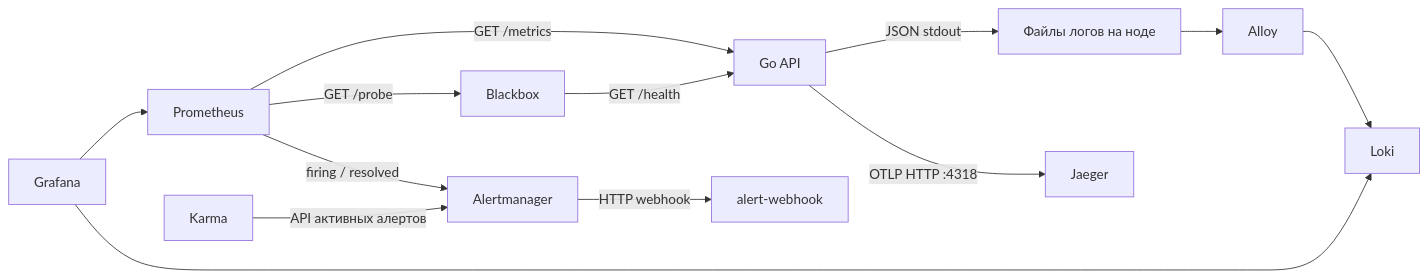
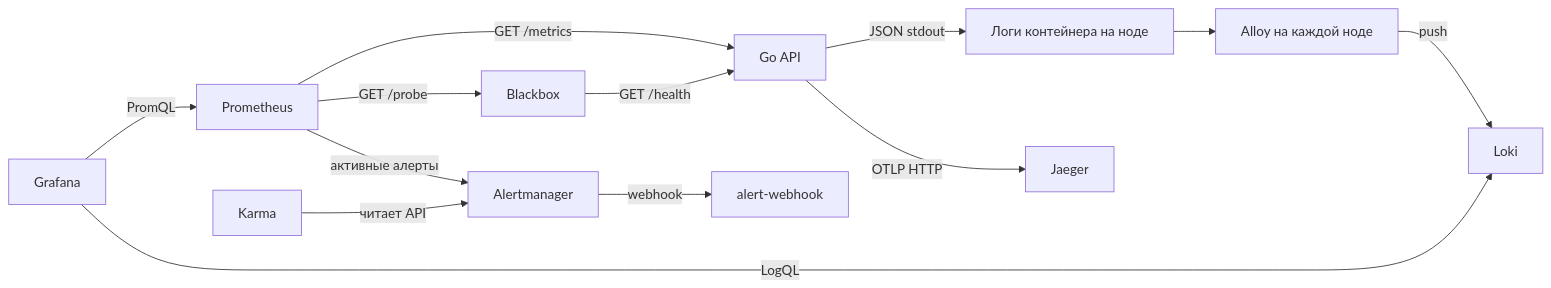
Before and after one commit to yo-technologies/containerization-and-orchestration: the diagram in lecture-2-observability/README.md, drawn with Mermaid. The commit also changed other lines of this file and 111 other files, not shown here.

````diff
--- a/lecture-2-observability/README.md
+++ b/lecture-2-observability/README.md
@@ -27,15 +23,15 @@
 ```mermaid
 flowchart LR
-    API[Go API] -->|JSON stdout| Files[Файлы логов на ноде]
-    Files --> Alloy
-    Alloy --> Loki
-    Prometheus -->|GET /metrics| API
-    API -->|OTLP HTTP :4318| Jaeger
-    Prometheus -->|GET /probe| Blackbox
-    Blackbox -->|GET /health| API
-    Grafana --> Prometheus
-    Grafana --> Loki
-    Prometheus -->|firing / resolved| Alertmanager
-    Alertmanager -->|HTTP webhook| Webhook[alert-webhook]
-    Karma -->|API активных алертов| Alertmanager
+    P[Prometheus] -->|GET /metrics| A[Go API]
+    G[Grafana] -->|PromQL| P
+    A -->|JSON stdout| F[Логи контейнера на ноде]
+    F --> C[Alloy на каждой ноде]
+    C -->|push| L[Loki]
+    G -->|LogQL| L
+    A -->|OTLP HTTP| J[Jaeger]
+    P -->|GET /probe| B[Blackbox]
+    B -->|GET /health| A
+    P -->|активные алерты| AM[Alertmanager]
+    AM -->|webhook| W[alert-webhook]
+    K[Karma] -->|читает API| AM
 ```
````
